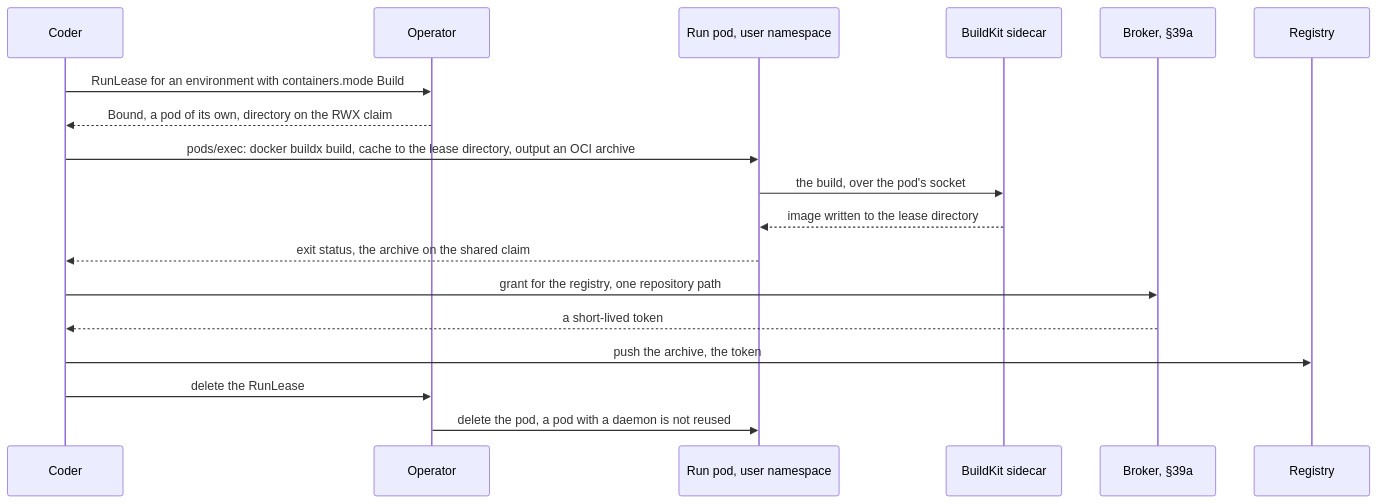
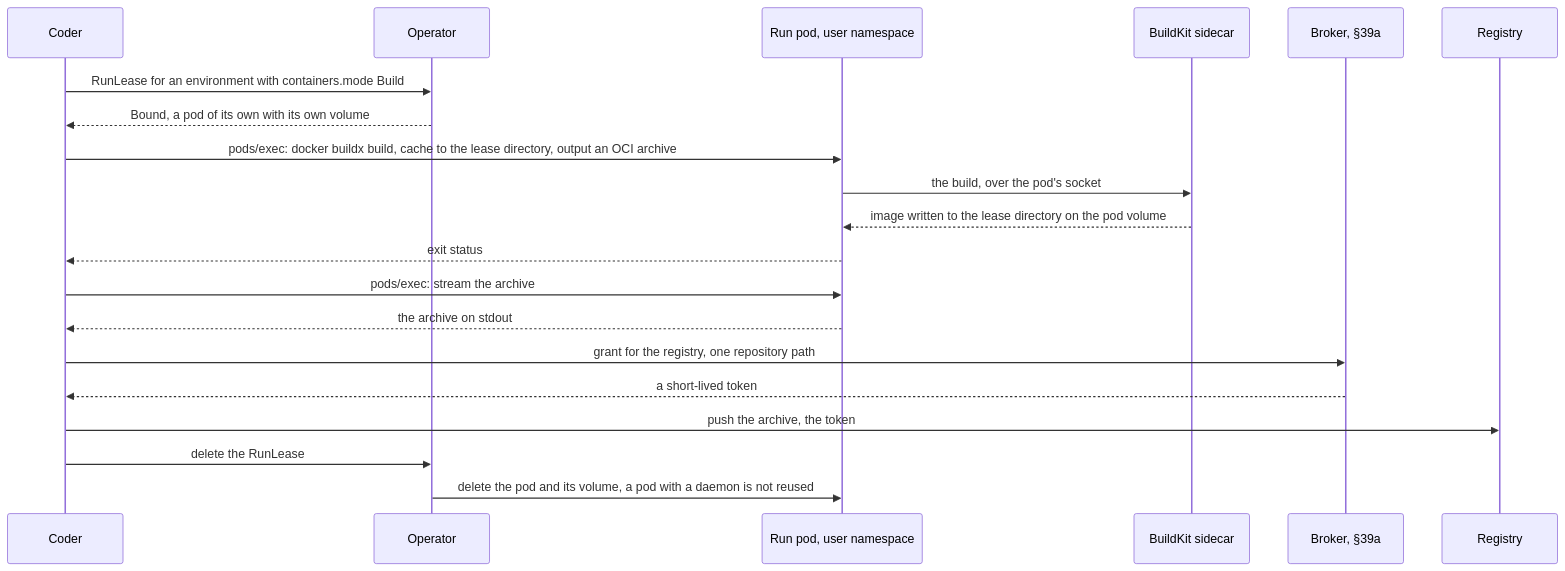
Before and after one commit to vymalo/another-agentic-platform: the eighth of 15 diagrams in docs/architecture/10-control-plane-and-crds.md, drawn with Mermaid. The commit also changed other lines of this file and 3 other files, not shown here.

First line of the commit message:
docs(architecture): pod volumes and the netcup cluster facts (AD-045, P-019)

````diff
--- a/docs/architecture/10-control-plane-and-crds.md
+++ b/docs/architecture/10-control-plane-and-crds.md
@@ -984,21 +1055,23 @@
 ```mermaid
 sequenceDiagram
     participant C as Coder
     participant K as Operator
     participant P as Run pod, user namespace
     participant B as BuildKit sidecar
     participant G as Broker, §39a
     participant R as Registry
 
     C->>K: RunLease for an environment with containers.mode Build
-    K-->>C: Bound, a pod of its own, directory on the RWX claim
+    K-->>C: Bound, a pod of its own with its own volume
     C->>P: pods/exec: docker buildx build, cache to the lease directory, output an OCI archive
     P->>B: the build, over the pod's socket
-    B-->>P: image written to the lease directory
-    P-->>C: exit status, the archive on the shared claim
+    B-->>P: image written to the lease directory on the pod volume
+    P-->>C: exit status
+    C->>P: pods/exec: stream the archive
+    P-->>C: the archive on stdout
     C->>G: grant for the registry, one repository path
     G-->>C: a short-lived token
     C->>R: push the archive, the token
     C->>K: delete the RunLease
-    K->>P: delete the pod, a pod with a daemon is not reused
+    K->>P: delete the pod and its volume, a pod with a daemon is not reused
 ```
````
